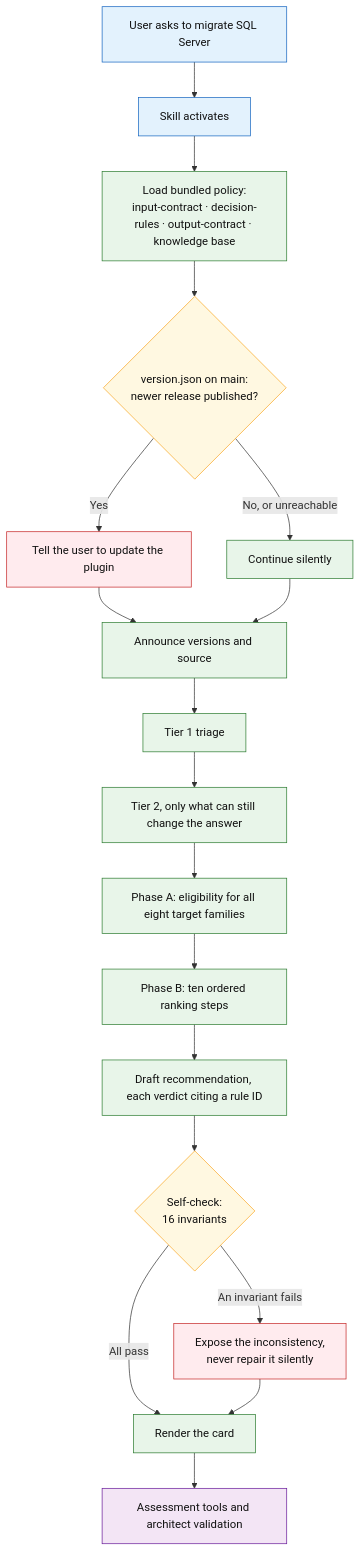
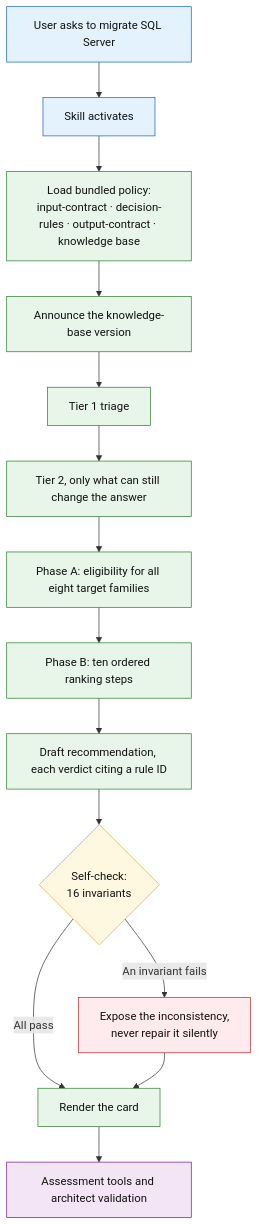
Before and after one commit to fredgis/sql-migration-advisor: the first of 6 diagrams in docs/sql-migration-advisor-developer-pitch.md, drawn with Mermaid. The commit also changed other lines of this file and 24 other files, not shown here.

````diff
--- a/docs/sql-migration-advisor-developer-pitch.md
+++ b/docs/sql-migration-advisor-developer-pitch.md
@@ -23,34 +23,30 @@
 ```mermaid
 flowchart TD
     A[User asks to migrate SQL Server] --> B[Skill activates]
 
     B --> C[Load bundled policy:<br/>input-contract · decision-rules · output-contract · knowledge base]
-    C --> D{version.json on main:<br/>newer release published?}
-    D -- Yes --> E[Tell the user to update the plugin]
-    D -- No, or unreachable --> F[Continue silently]
-    E --> G[Announce versions and source]
-    F --> G
+    C --> G[Announce the knowledge-base version]
 
     G --> H[Tier 1 triage]
     H --> I[Tier 2, only what can still change the answer]
     I --> J[Phase A: eligibility for all eight target families]
     J --> K[Phase B: ten ordered ranking steps]
     K --> L[Draft recommendation, each verdict citing a rule ID]
 
     L --> M{Self-check:<br/>16 invariants}
     M -- An invariant fails --> N[Expose the inconsistency,<br/>never repair it silently]
     M -- All pass --> O[Render the card]
     N --> O
     O --> P[Assessment tools and architect validation]
 
     classDef entry fill:#e3f2fd,stroke:#1565c0,color:#111
     classDef ask fill:#fff8e1,stroke:#f9a825,color:#111
     classDef flow fill:#e8f5e9,stroke:#2e7d32,color:#111
     classDef guard fill:#ffebee,stroke:#c62828,color:#111
     classDef human fill:#f3e5f5,stroke:#6a1b9a,color:#111
     class A,B entry
     class D,M ask
     class C,F,G,H,I,J,K,L,O flow
     class E,N guard
     class P human
 ```
````
